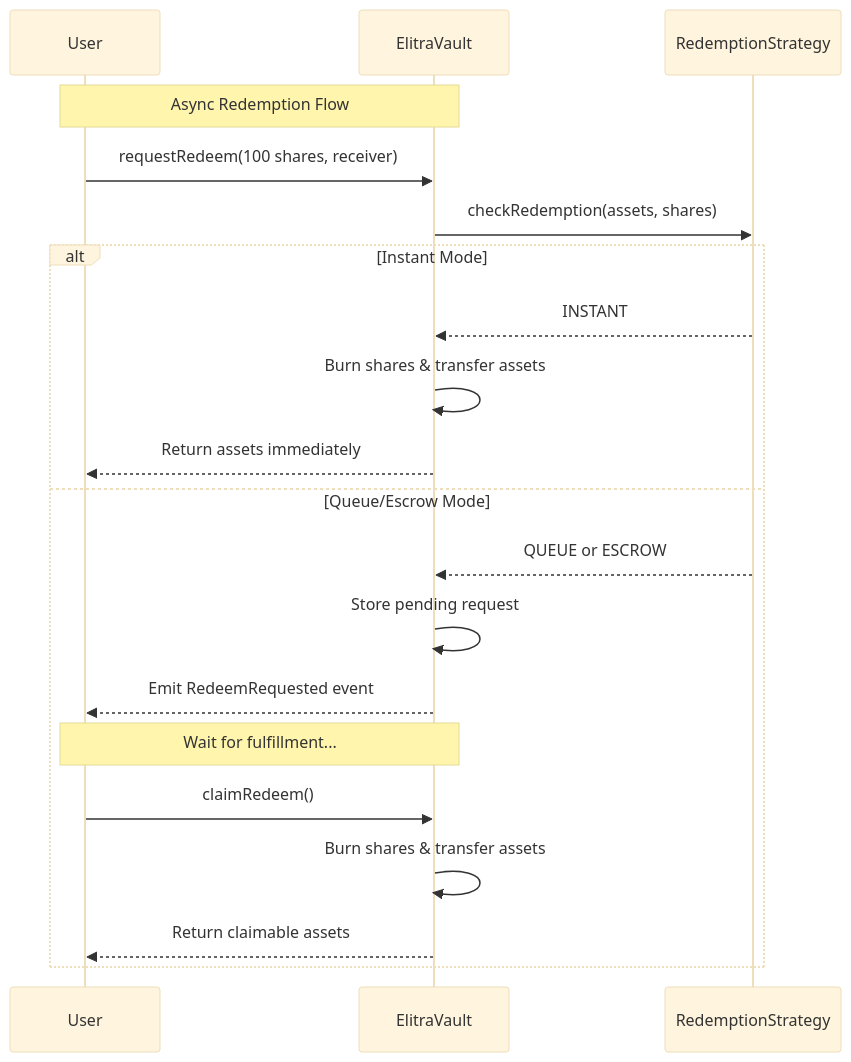
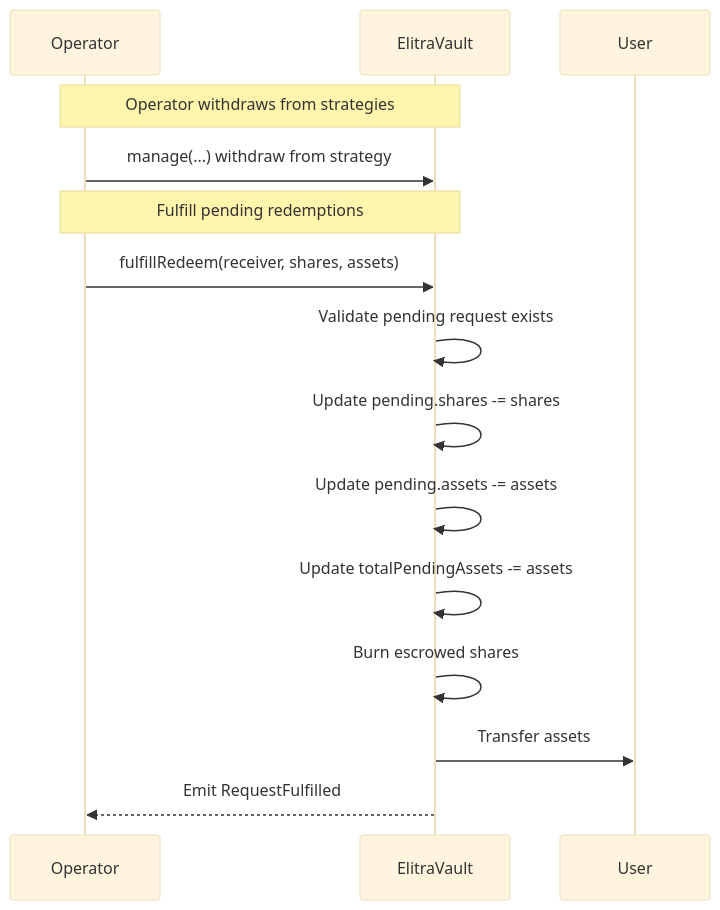
One commit to elitraOS/elitra-core changed the ninth of 14 diagrams in README.md. Above: the diagram before and after it, drawn with Mermaid (base theme). The commit also changed other lines of this file and 5 other files, not shown here.

````diff
--- a/README.md
+++ b/README.md
@@ -79,27 +314,24 @@
 ```mermaid
 sequenceDiagram
+    participant Operator
+    participant Vault as ElitraVault
     participant User
-    participant Vault as ElitraVault
-    participant Strategy as RedemptionStrategy
 
-    Note over User,Vault: Async Redemption Flow
+    Note over Operator,Vault: Operator withdraws from strategies
 
-    User->>Vault: requestRedeem(100 shares, receiver)
-    Vault->>Strategy: checkRedemption(assets, shares)
+    Operator->>Vault: manage(...) withdraw from strategy
 
-    alt Instant Mode
-        Strategy-->>Vault: INSTANT
-        Vault->>Vault: Burn shares & transfer assets
-        Vault-->>User: Return assets immediately
-    else Queue/Escrow Mode
-        Strategy-->>Vault: QUEUE or ESCROW
-        Vault->>Vault: Store pending request
-        Vault-->>User: Emit RedeemRequested event
+    Note over Operator,Vault: Fulfill pending redemptions
 
-        Note over User,Vault: Wait for fulfillment...
+    Operator->>Vault: fulfillRedeem(receiver, shares, assets)
 
-        User->>Vault: claimRedeem()
-        Vault->>Vault: Burn shares & transfer assets
-        Vault-->>User: Return claimable assets
-    end
+    Vault->>Vault: Validate pending request exists
+    Vault->>Vault: Update pending.shares -= shares
+    Vault->>Vault: Update pending.assets -= assets
+    Vault->>Vault: Update totalPendingAssets -= assets
+
+    Vault->>Vault: Burn escrowed shares
+    Vault->>User: Transfer assets
+
+    Vault-->>Operator: Emit RequestFulfilled
 ```
````
